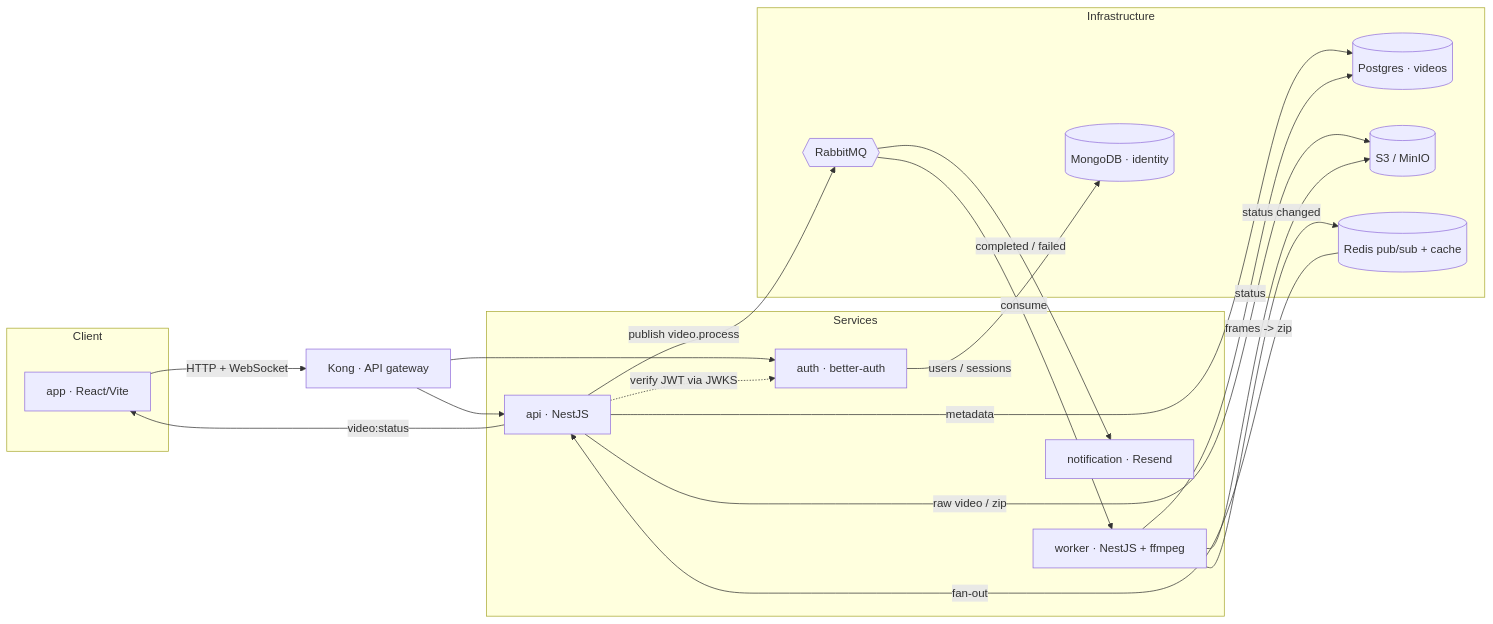
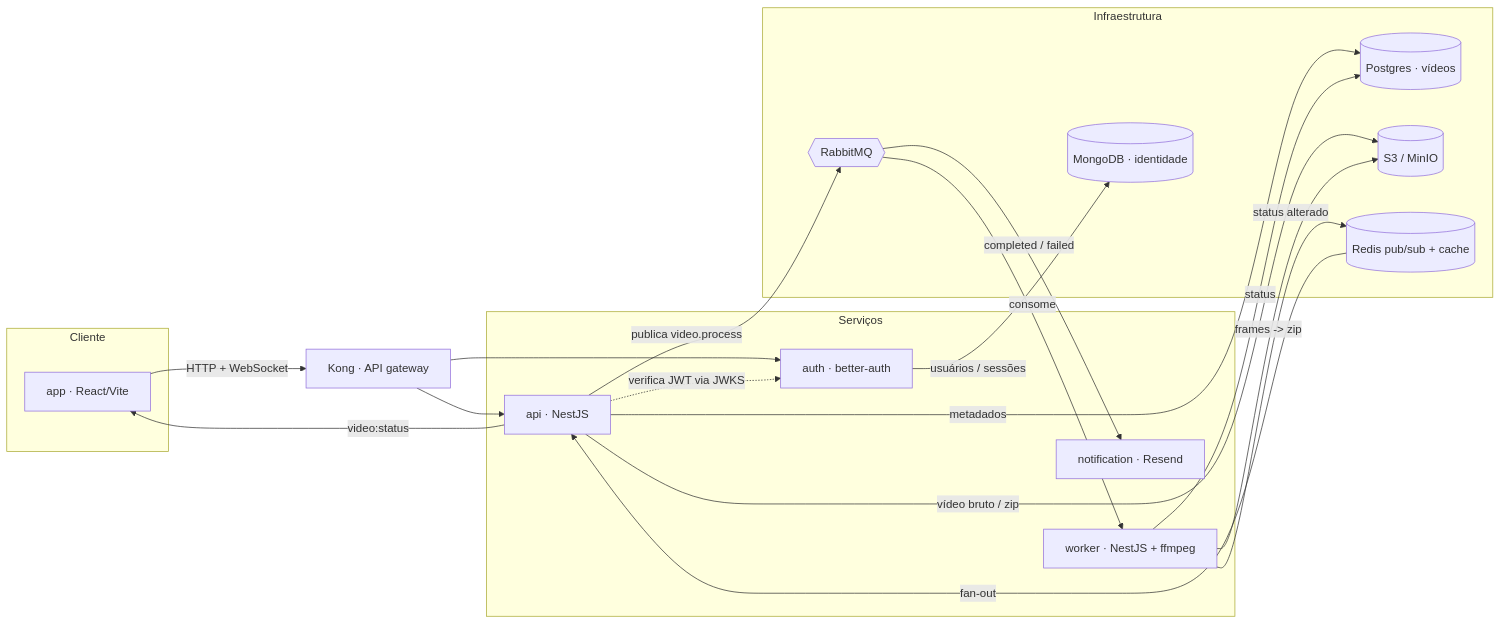
Before and after one commit to GGotha/hackaton-fiapx: the diagram in README.md, drawn with Mermaid. The commit also changed other lines of this file and 12 other files, not shown here.

````diff
--- a/README.md
+++ b/README.md
@@ -54,39 +54,39 @@
 ```mermaid
 flowchart LR
-  subgraph client[Client]
+  subgraph client[Cliente]
     app[app · React/Vite]
   end
 
   kong[Kong · API gateway]
 
-  subgraph services[Services]
+  subgraph services[Serviços]
     api[api · NestJS]
     auth[auth · better-auth]
     worker[worker · NestJS + ffmpeg]
     notification[notification · Resend]
   end
 
-  subgraph data[Infrastructure]
-    mongo[(MongoDB · identity)]
-    pg[(Postgres · videos)]
+  subgraph data[Infraestrutura]
+    mongo[(MongoDB · identidade)]
+    pg[(Postgres · vídeos)]
     s3[(S3 / MinIO)]
     mq{{RabbitMQ}}
     redis[(Redis pub/sub + cache)]
   end
 
   app -->|HTTP + WebSocket| kong
   kong --> api
   kong --> auth
-  auth -->|users / sessions| mongo
-  api -->|metadata| pg
-  api -->|raw video / zip| s3
-  api -->|publish video.process| mq
-  api -.->|verify JWT via JWKS| auth
-  mq -->|consume| worker
+  auth -->|usuários / sessões| mongo
+  api -->|metadados| pg
+  api -->|vídeo bruto / zip| s3
+  api -->|publica video.process| mq
+  api -.->|verifica JWT via JWKS| auth
+  mq -->|consome| worker
   mq -->|completed / failed| notification
   worker -->|frames -> zip| s3
   worker -->|status| pg
-  worker -->|status changed| redis
+  worker -->|status alterado| redis
   redis -->|fan-out| api
   api -->|video:status| app
 ```
````
